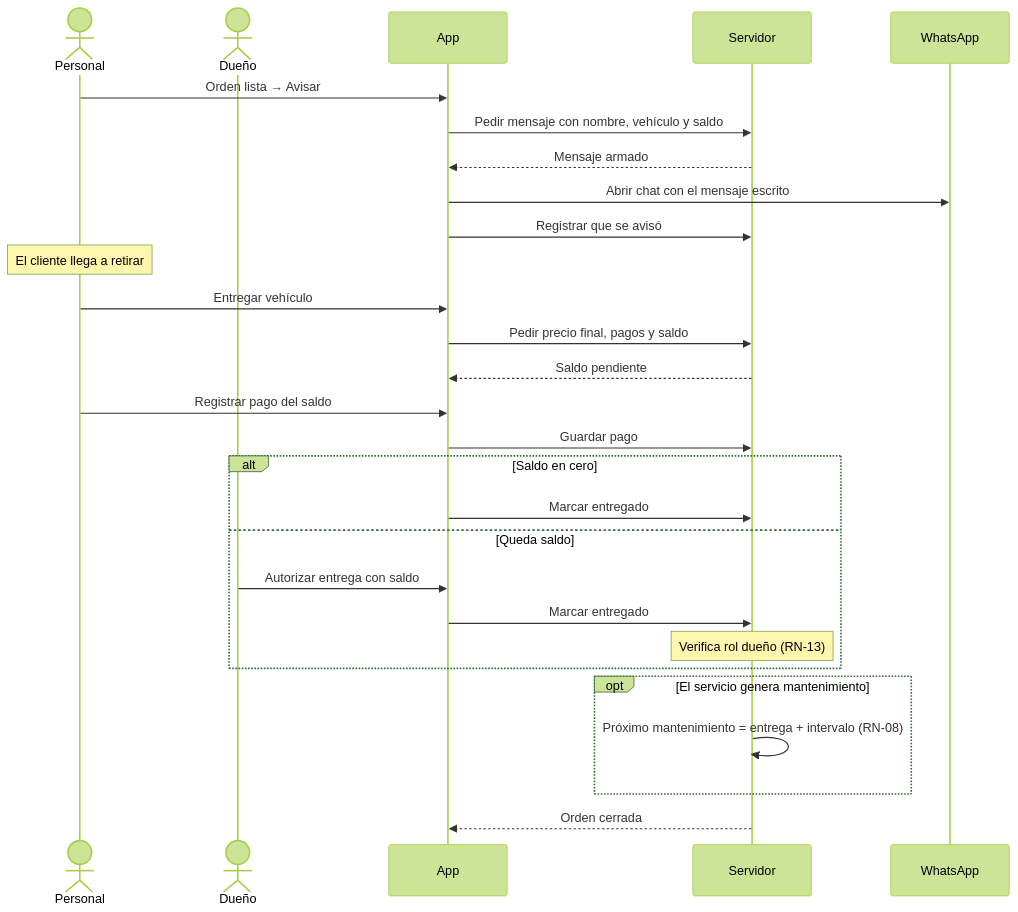
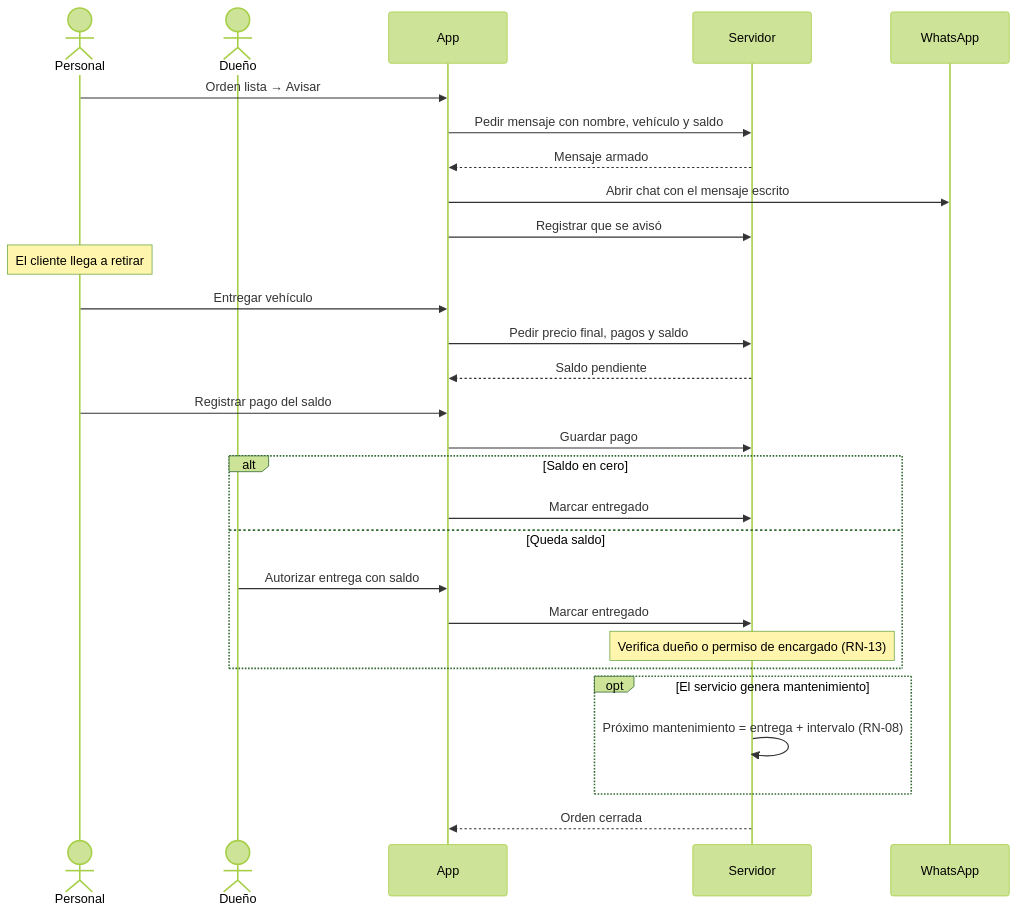
The fourth of 5 diagrams in docs/05-analisis/diagramas-de-secuencia/flujos-criticos.md (albertoamas/toctar), drawn with Mermaid (forest theme) before and after one commit. The commit also changed 8 other files, not shown here.

````diff
--- a/docs/05-analisis/diagramas-de-secuencia/flujos-criticos.md
+++ b/docs/05-analisis/diagramas-de-secuencia/flujos-criticos.md
@@ -106,32 +106,32 @@
 ```mermaid
 sequenceDiagram
     actor P as Personal
     actor D as Dueño
     participant A as App
     participant S as Servidor
     participant W as WhatsApp
 
     P->>A: Orden lista → Avisar
     A->>S: Pedir mensaje con nombre, vehículo y saldo
     S-->>A: Mensaje armado
     A->>W: Abrir chat con el mensaje escrito
     A->>S: Registrar que se avisó
 
     Note over P: El cliente llega a retirar
     P->>A: Entregar vehículo
     A->>S: Pedir precio final, pagos y saldo
     S-->>A: Saldo pendiente
     P->>A: Registrar pago del saldo
     A->>S: Guardar pago
     alt Saldo en cero
         A->>S: Marcar entregado
     else Queda saldo
         D->>A: Autorizar entrega con saldo
         A->>S: Marcar entregado
-        Note over S: Verifica rol dueño (RN-13)
+        Note over S: Verifica dueño o permiso de encargado (RN-13)
     end
     opt El servicio genera mantenimiento
         S->>S: Próximo mantenimiento = entrega + intervalo (RN-08)
     end
     S-->>A: Orden cerrada
 ```
````
